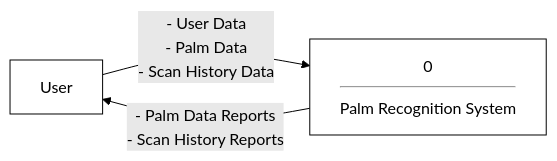
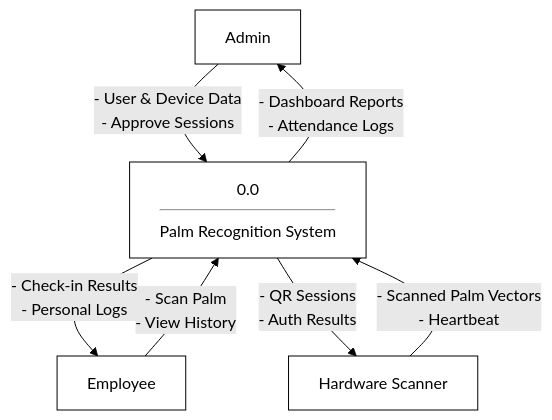
Before and after one commit to Touy2004/palm-back-end: the fourth of 14 diagrams in USER_MANUAL.md, drawn with Mermaid (forest theme).

Commit message:
docs: update system context diagram to include admin, employee, and hardware scanner interactions

````diff
--- a/USER_MANUAL.md
+++ b/USER_MANUAL.md
@@ -271,17 +271,27 @@
 ```mermaid
-flowchart LR
+flowchart TD
     %% External Entities
-    User["User"]:::entity
+    Admin[Admin]:::entity
+    Employee[Employee]:::entity
+    Device[Hardware Scanner]:::entity
 
     %% Central System
-    System["0<hr/>Palm Recognition System"]:::process
+    System["0.0<hr/>Palm Recognition System"]:::process
 
-    %% Flows
-    User -- "- User Data<br/>- Palm Data<br/>- Scan History Data" --> System
-    System -- "- Palm Data Reports<br/>- Scan History Reports" --> User
+    %% Flows - Admin
+    Admin -- "- User & Device Data<br/>- Approve Sessions" --> System
+    System -- "- Dashboard Reports<br/>- Attendance Logs" --> Admin
+
+    %% Flows - Employee
+    Employee -- "- Scan Palm<br/>- View History" --> System
+    System -- "- Check-in Results<br/>- Personal Logs" --> Employee
+
+    %% Flows - Device
+    Device -- "- Scanned Palm Vectors<br/>- Heartbeat" --> System
+    System -- "- QR Sessions<br/>- Auth Results" --> Device
 
     %% Styling
     classDef entity fill:#fff,stroke:#000,stroke-width:1px,shape:rect,color:#000
     classDef process fill:#fff,stroke:#000,stroke-width:1px,shape:rect,color:#000
     classDef datastore fill:#fff,stroke:#000,stroke-width:1px,shape:rect,color:#000
 ```
````
